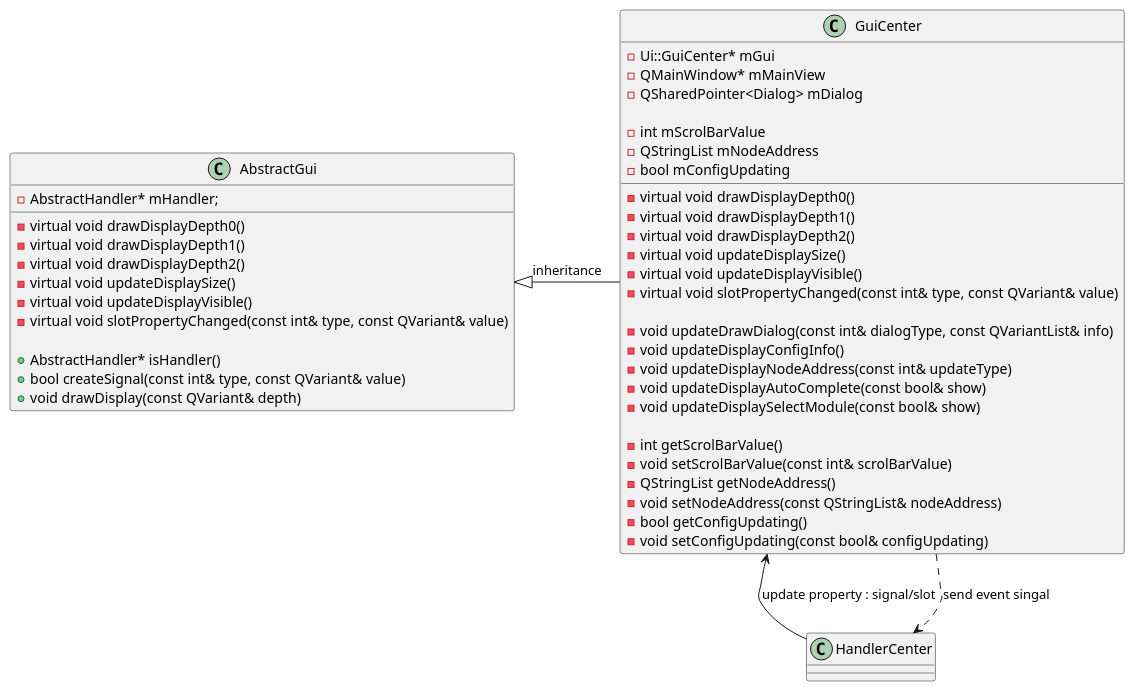
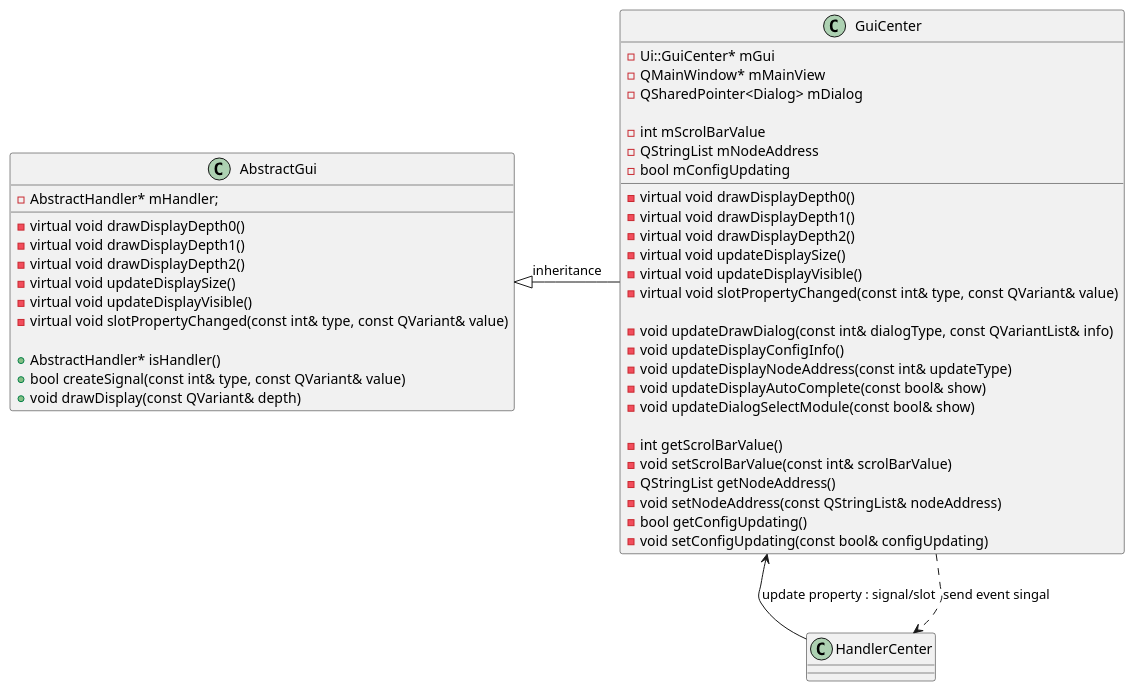
Before and after one commit to rlarudgh1997/Application: the diagram in Diagram/021_Center/ClassDiagram_CenterGui.plantuml, drawn with PlantUML. The commit also changed 12 other files, not shown here.

```diff
--- a/Diagram/021_Center/ClassDiagram_CenterGui.plantuml
+++ b/Diagram/021_Center/ClassDiagram_CenterGui.plantuml
@@ -1,56 +1,56 @@
 @startuml
 
 ' AbstractGui 클래스 정의
 class AbstractGui {
     -virtual void drawDisplayDepth0()
     -virtual void drawDisplayDepth1()
     -virtual void drawDisplayDepth2()
     -virtual void updateDisplaySize()
     -virtual void updateDisplayVisible()
     -virtual void slotPropertyChanged(const int& type, const QVariant& value)
 
     +AbstractHandler* isHandler()
     +bool createSignal(const int& type, const QVariant& value)
     +void drawDisplay(const QVariant& depth)
 
     -AbstractHandler* mHandler;
 }
 
 ' GuiCenter 클래스 정의
 class GuiCenter {
     -virtual void drawDisplayDepth0()
     -virtual void drawDisplayDepth1()
     -virtual void drawDisplayDepth2()
     -virtual void updateDisplaySize()
     -virtual void updateDisplayVisible()
     -virtual void slotPropertyChanged(const int& type, const QVariant& value)
 
     -void updateDrawDialog(const int& dialogType, const QVariantList& info)
     -void updateDisplayConfigInfo()
     -void updateDisplayNodeAddress(const int& updateType)
     -void updateDisplayAutoComplete(const bool& show)
-    -void updateDisplaySelectModule(const bool& show)
+    -void updateDialogSelectModule(const bool& show)
 
     -int getScrolBarValue()
     -void setScrolBarValue(const int& scrolBarValue)
     -QStringList getNodeAddress()
     -void setNodeAddress(const QStringList& nodeAddress)
     -bool getConfigUpdating()
     -void setConfigUpdating(const bool& configUpdating)
 
     -Ui::GuiCenter* mGui
     -QMainWindow* mMainView
     -QSharedPointer<Dialog> mDialog
 
     -int mScrolBarValue
     -QStringList mNodeAddress
     -bool mConfigUpdating
 }
 
 
 ' 클래스 간의 관계 정의
 AbstractGui <|- GuiCenter : inheritance
 GuiCenter <-- HandlerCenter : update property : signal/slot
 GuiCenter ..> HandlerCenter : send event singal
 
 @enduml
```
